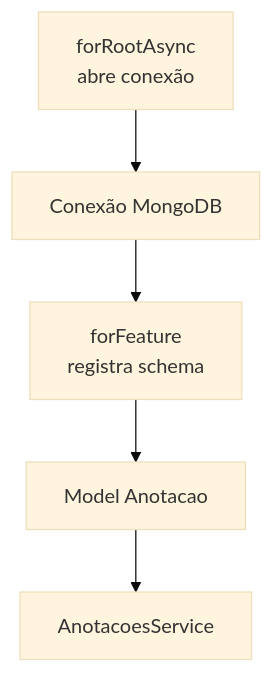
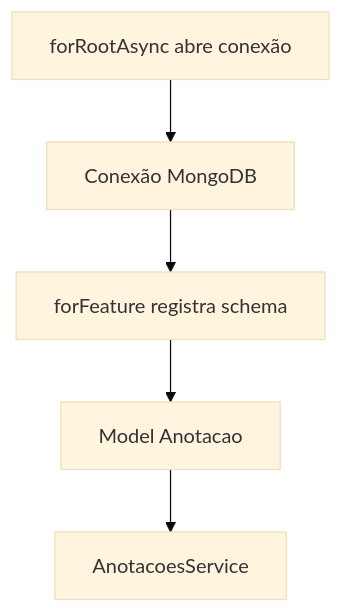
Before and after one commit to luciano-alexandre/sistemas-corporativos: diagram 11 of 12 in docs/encontros/encontro-17.md, drawn with Mermaid (base theme). The commit also changed other lines of this file, not shown here.

````diff
--- a/docs/encontros/encontro-17.md
+++ b/docs/encontros/encontro-17.md
@@ -893,7 +893,7 @@
 ```mermaid
 flowchart TB
-    FR["forRootAsync<br/>abre conexão"] --> CON["Conexão MongoDB"]
-    CON --> FF["forFeature<br/>registra schema"]
+    FR["forRootAsync abre conexão"] --> CON["Conexão MongoDB"]
+    CON --> FF["forFeature registra schema"]
     FF --> MODEL["Model Anotacao"]
     MODEL --> SERVICE["AnotacoesService"]
 ```
````
